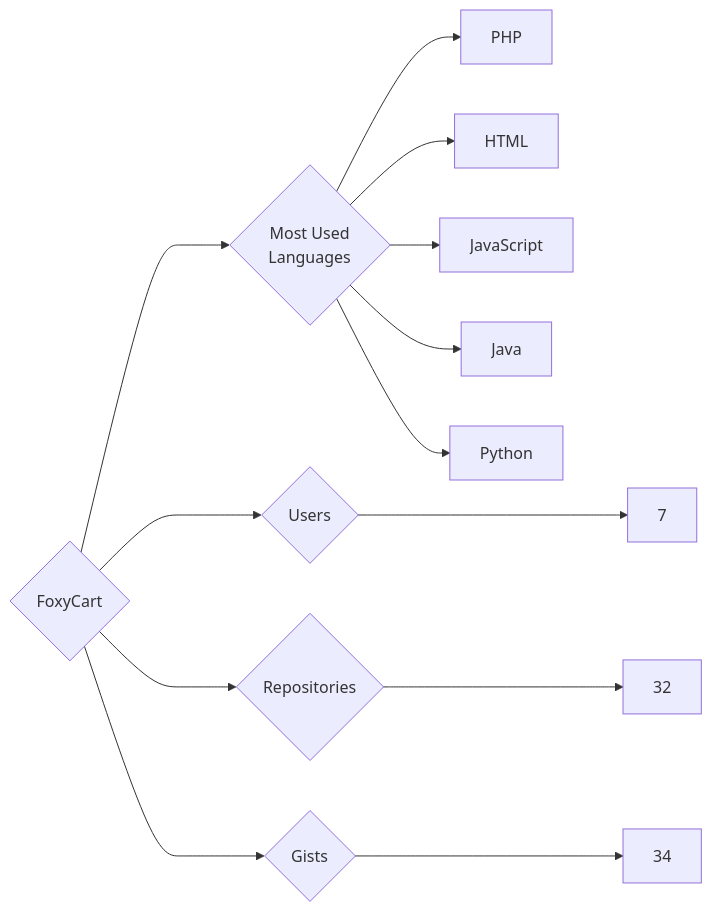
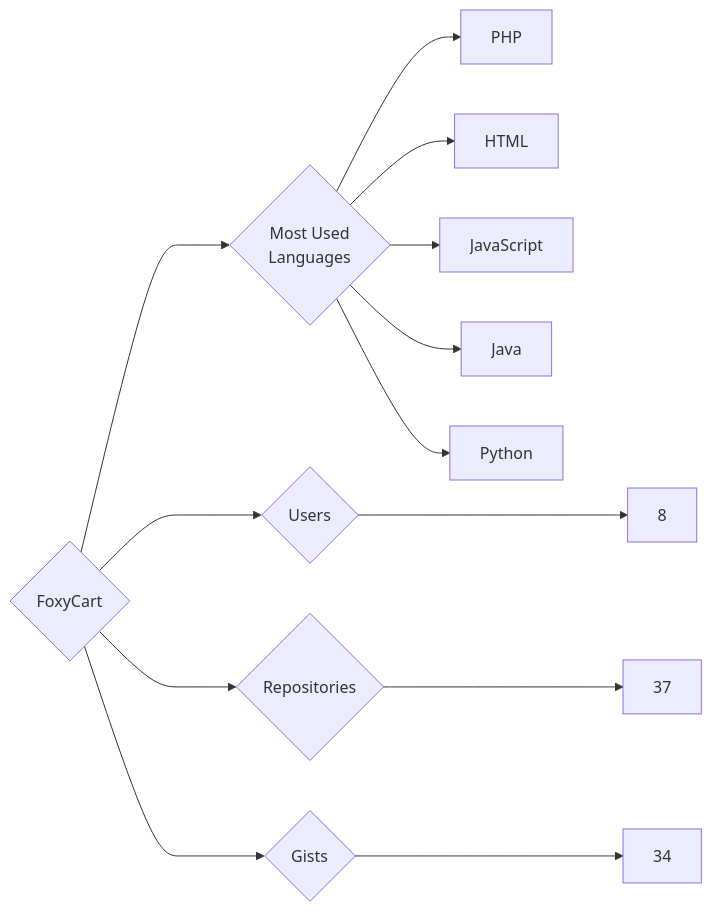
The diagram in targets/FoxyCart/README.md (trickest/insiders), drawn with Mermaid before and after one commit. The commit also changed 1092 other files, not shown here.

````diff
--- a/targets/FoxyCart/README.md
+++ b/targets/FoxyCart/README.md
@@ -3,13 +3,13 @@
 ```mermaid
 graph LR
 COMPANY_NAME{FoxyCart}
-COMPANY_NAME ---> U{Users} ---> UN[7]
-COMPANY_NAME ---> R{Repositories} ---> RN[32]
+COMPANY_NAME ---> U{Users} ---> UN[8]
+COMPANY_NAME ---> R{Repositories} ---> RN[37]
 COMPANY_NAME ---> G{Gists} ---> GN[34]
 COMPANY_NAME ---> ML{Most Used<br>Languages}
 ML --> PHP[PHP]
 ML --> HTML[HTML]
 ML --> JavaScript[JavaScript]
 ML --> Java[Java]
 ML --> Python[Python]
 ```
````
